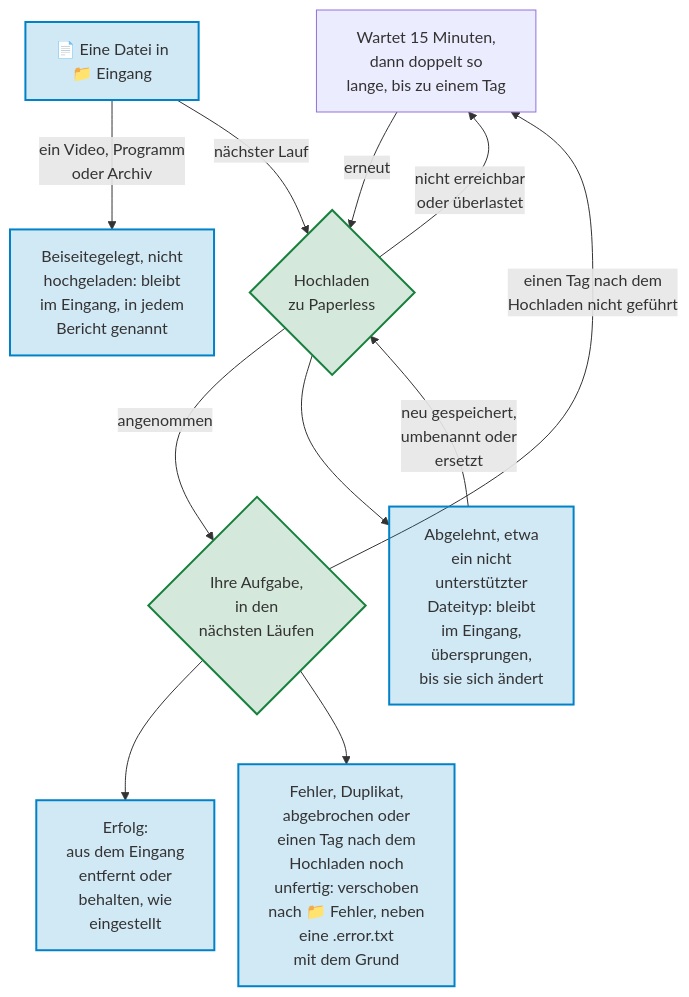
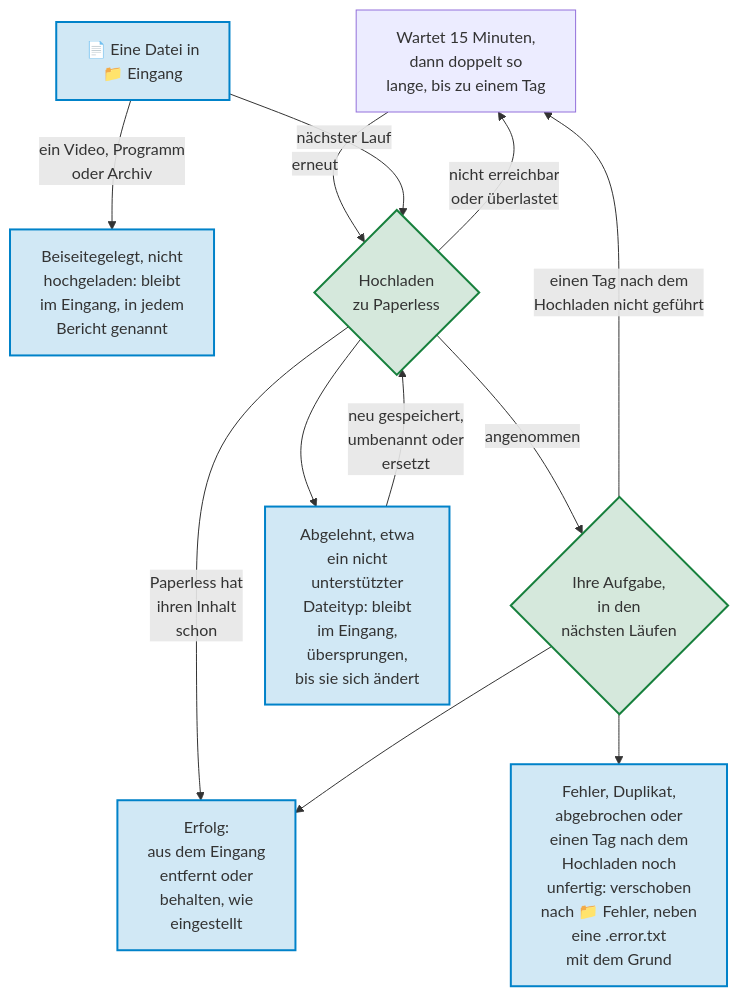
The diagram in docs/diagrams/the-way-of-a-file-from-the-inbox-to-paperless.de.mmd (Dennis-Otto/paperless-sync), drawn with Mermaid before and after one commit. The commit also changed 27 other files, not shown here.

```diff
--- a/docs/diagrams/the-way-of-a-file-from-the-inbox-to-paperless.de.mmd
+++ b/docs/diagrams/the-way-of-a-file-from-the-inbox-to-paperless.de.mmd
@@ -1,34 +1,35 @@
 ---
 config:
   flowchart:
     nodeSpacing: 24
 ---
 flowchart TB
     accTitle: Der Weg einer Datei aus dem Eingang zu Paperless
-    accDescr: Ein Video, ein Programm oder ein Archiv bleibt im Ordner Eingang, und der Bericht jedes Laufs nennt es als beiseitegelegt. Im nächsten Lauf wird jede andere Datei im Ordner Eingang zu Paperless hochgeladen. Ist Paperless nicht erreichbar oder überlastet, wartet die Datei 15 Minuten, dann jedes Mal doppelt so lange, bis zu einem Tag, und wird erneut hochgeladen. Lehnt Paperless sie ab, etwa eine Datei eines nicht unterstützten Typs, bleibt sie im Eingang und wird übersprungen, bis sie neu gespeichert, umbenannt oder ersetzt wird. Nimmt Paperless sie an, verfolgen die nächsten Läufe ihre Paperless-Aufgabe, solange sie läuft: Nach Erfolg wird die Datei aus dem Eingang entfernt oder behalten, wie eingestellt; nach einem Fehler, einem Duplikat oder einer abgebrochenen Aufgabe wandert sie in den Ordner Fehler, neben eine .error.txt mit dem Grund. Einen Tag nach dem Hochladen gilt eine Datei, deren Inhalt Paperless hat, als importiert; eine Aufgabe, die Paperless noch unfertig führt, verschiebt die Datei in den Ordner Fehler, damit ein zweites Hochladen kein Duplikat erzeugen kann; und eine Aufgabe, die Paperless nicht führt, schickt die Datei ebenfalls in die Wartezeit, und sie wird erneut hochgeladen.
+    accDescr: Ein Video, ein Programm oder ein Archiv bleibt im Ordner Eingang, und der Bericht jedes Laufs nennt es als beiseitegelegt. Im nächsten Lauf wird jede andere Datei im Ordner Eingang zu Paperless hochgeladen, außer Paperless hat ihren Inhalt schon: Dann gilt sie ohne Hochladen als importiert, und eine Datei, die im Eingang umbenannt oder verschoben wird, behält ihr Hochladen. Ist Paperless nicht erreichbar oder überlastet, wartet die Datei 15 Minuten, dann jedes Mal doppelt so lange, bis zu einem Tag, und wird erneut hochgeladen. Lehnt Paperless sie ab, etwa eine Datei eines nicht unterstützten Typs, bleibt sie im Eingang und wird übersprungen, bis sie neu gespeichert, umbenannt oder ersetzt wird. Nimmt Paperless sie an, verfolgen die nächsten Läufe ihre Paperless-Aufgabe, solange sie läuft: Nach Erfolg wird die Datei aus dem Eingang entfernt oder behalten, wie eingestellt; nach einem Fehler, einem Duplikat oder einer abgebrochenen Aufgabe wandert sie in den Ordner Fehler, neben eine .error.txt mit dem Grund. Einen Tag nach dem Hochladen gilt eine Datei, deren Inhalt Paperless hat, als importiert; eine Aufgabe, die Paperless noch unfertig führt, verschiebt die Datei in den Ordner Fehler, damit ein zweites Hochladen kein Duplikat erzeugen kann; und eine Aufgabe, die Paperless nicht führt, schickt die Datei ebenfalls in die Wartezeit, und sie wird erneut hochgeladen.
 
     %% The wait takes the uploads that failed for a time and the tasks without an end back to the upload.
     retry["Wartet 15 Minuten,<br>dann doppelt so<br>lange, bis zu einem Tag"]
     file["📄 Eine Datei in<br>📁 Eingang"]
     aside["Beiseitegelegt, nicht<br>hochgeladen: bleibt<br>im Eingang, in jedem<br>Bericht genannt"]
     upload{"Hochladen<br>zu Paperless"}
     task{"Ihre Aufgabe,<br>in den<br>nächsten Läufen"}
     refused["Abgelehnt, etwa<br>ein nicht<br>unterstützter<br>Dateityp: bleibt<br>im Eingang,<br>übersprungen,<br>bis sie sich ändert"]
     done["Erfolg:<br>aus dem Eingang<br>entfernt oder<br>behalten, wie<br>eingestellt"]
     failed["Fehler, Duplikat,<br>abgebrochen oder<br>einen Tag nach dem<br>Hochladen noch<br>unfertig: verschoben<br>nach 📁 Fehler, neben<br>eine .error.txt<br>mit dem Grund"]
 
     retry -- "erneut" --> upload
     file -- "ein Video, Programm<br>oder Archiv" --> aside
     file -- "nächster Lauf" --> upload
     upload -- "nicht erreichbar<br>oder überlastet" --> retry
     upload -- "angenommen" --> task
+    upload -- "Paperless hat<br>ihren Inhalt<br>schon" --> done
     upload --> refused
     refused -- "neu gespeichert,<br>umbenannt oder<br>ersetzt" --> upload
     task --> done
     task --> failed
     task -- "einen Tag nach dem<br>Hochladen nicht geführt" --> retry
 
     classDef nextcloud fill:#0082c92e,stroke:#0082c9,stroke-width:2px
     classDef paperless fill:#17803d2e,stroke:#17803d,stroke-width:2px
     class file,aside,refused,done,failed nextcloud
     class upload,task paperless
```
